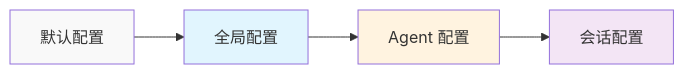
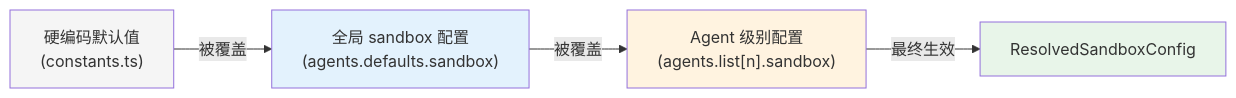
The fourth of 8 diagrams in openclaw/OPENCLAW-SANDBOX.md (caicongyang/bloger), drawn with Mermaid before and after one commit. The commit also changed other lines of this file and 13 other files, not shown here.

````diff
--- a/openclaw/OPENCLAW-SANDBOX.md
+++ b/openclaw/OPENCLAW-SANDBOX.md
@@ -109,11 +379,11 @@
 ```mermaid
 graph LR
-    A[默认配置] --> B[全局配置]
-    B --> C[Agent 配置]
-    C --> D[会话配置]
-    
-    style A fill:#f9f9f9
-    style B fill:#e1f5fe
+    A["硬编码默认值<br/>(constants.ts)"] -->|被覆盖| B["全局 sandbox 配置<br/>(agents.defaults.sandbox)"]
+    B -->|被覆盖| C["Agent 级别配置<br/>(agents.list[n].sandbox)"]
+    C -->|最终生效| D["ResolvedSandboxConfig"]
+
+    style A fill:#f5f5f5
+    style B fill:#e3f2fd
     style C fill:#fff3e0
-    style D fill:#f3e5f5
+    style D fill:#e8f5e9
 ```
````
